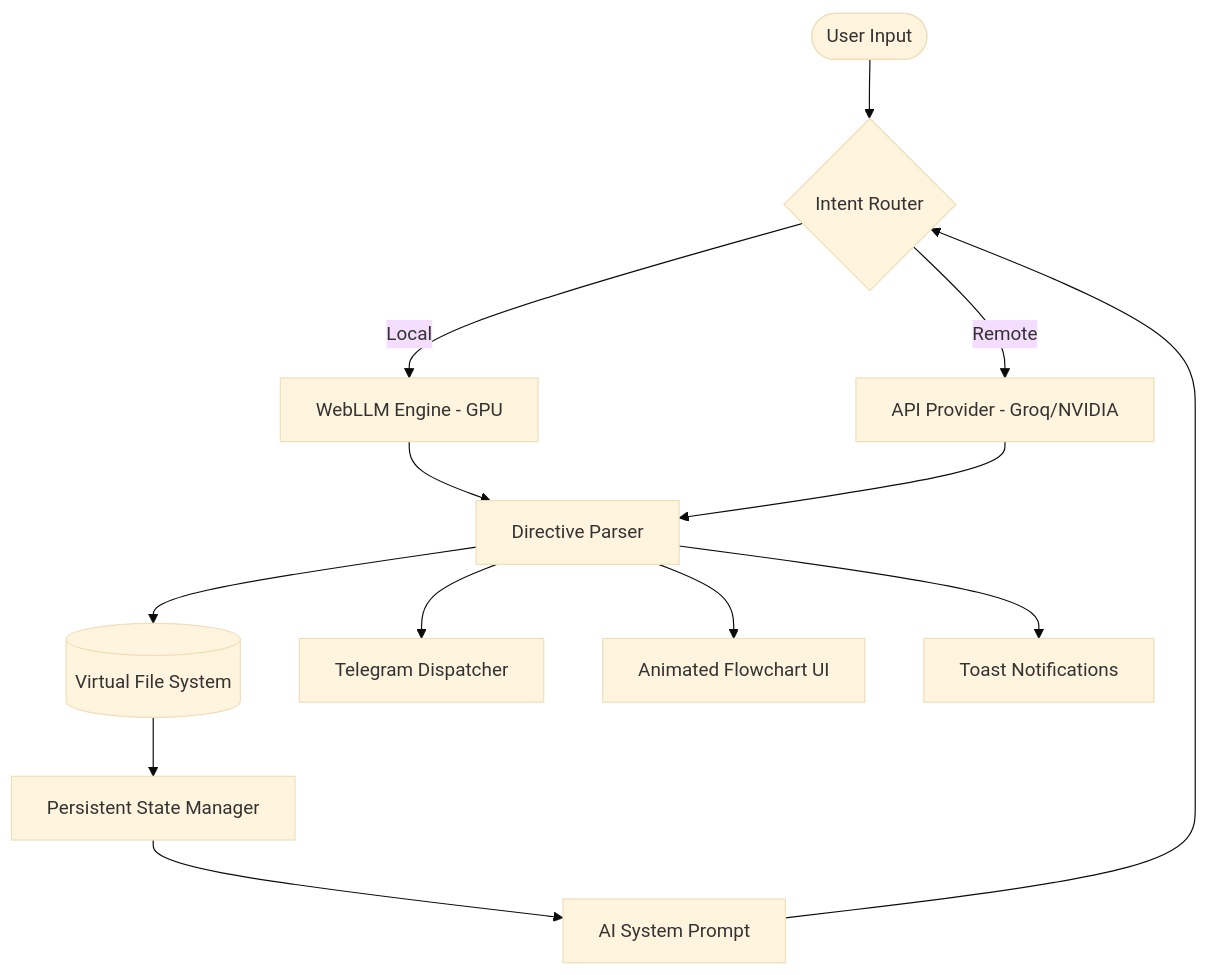
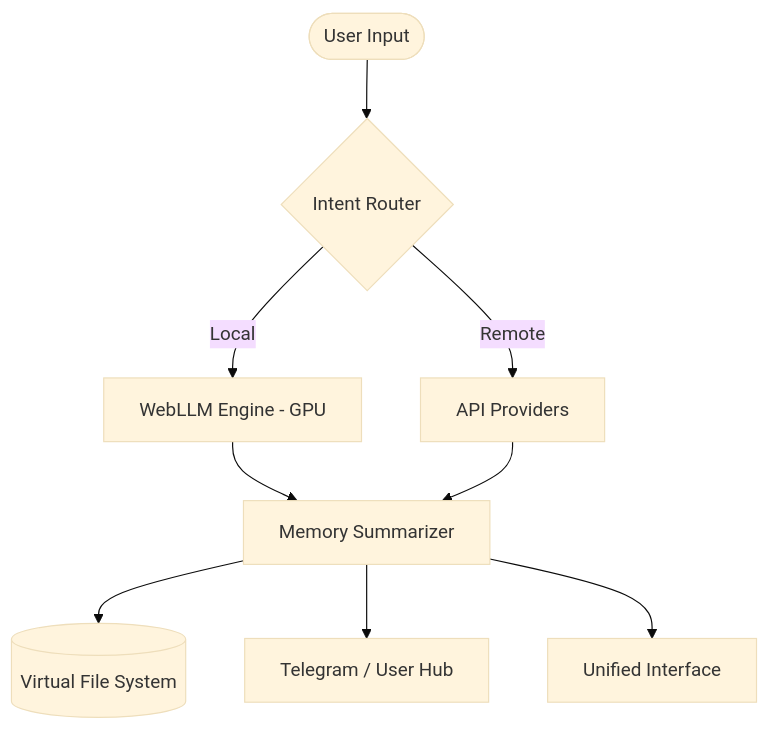
Before and after one commit to KREASIOKA/KREASYS: the diagram in README.md, drawn with Mermaid (base theme). The commit also changed other lines of this file and 7 other files, not shown here.

````diff
--- a/README.md
+++ b/README.md
@@ -62,18 +62,13 @@
 ```mermaid
 graph TD
     User([User Input]) --> Router{Intent Router}
     Router -->|Local| WLLM[WebLLM Engine - GPU]
-    Router -->|Remote| API[API Provider - Groq/NVIDIA]
+    Router -->|Remote| API[API Providers]
     
-    WLLM --> Parser[Directive Parser]
-    API --> Parser
-
-    Parser --> VFS[(Virtual File System)]
-    Parser --> TG[Telegram Dispatcher]
-    Parser --> Flow[Animated Flowchart UI]
-    Parser --> Notify[Toast Notifications]
+    WLLM --> Memory[Memory Summarizer]
+    API --> Memory
     
-    VFS --> State[Persistent State Manager]
-    State --> Context[AI System Prompt]
-    Context --> Router
+    Memory --> VFS[(Virtual File System)]
+    Memory --> TG[Telegram / User Hub]
+    Memory --> UI[Unified Interface]
 ```
````
